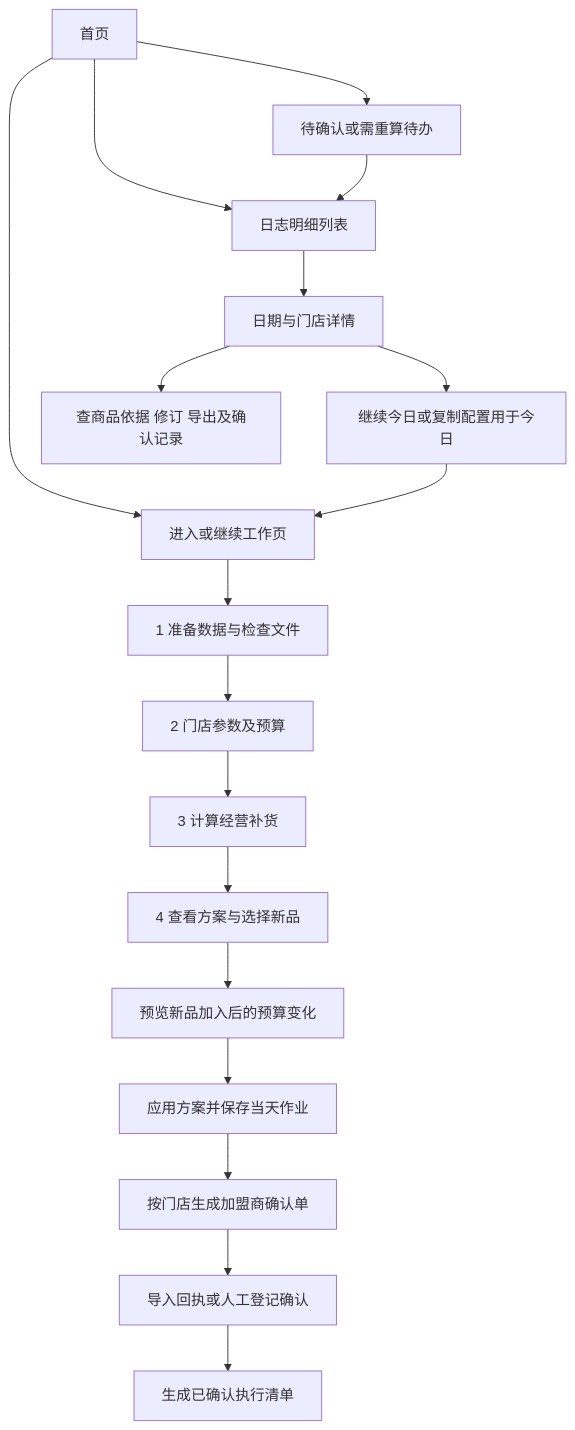
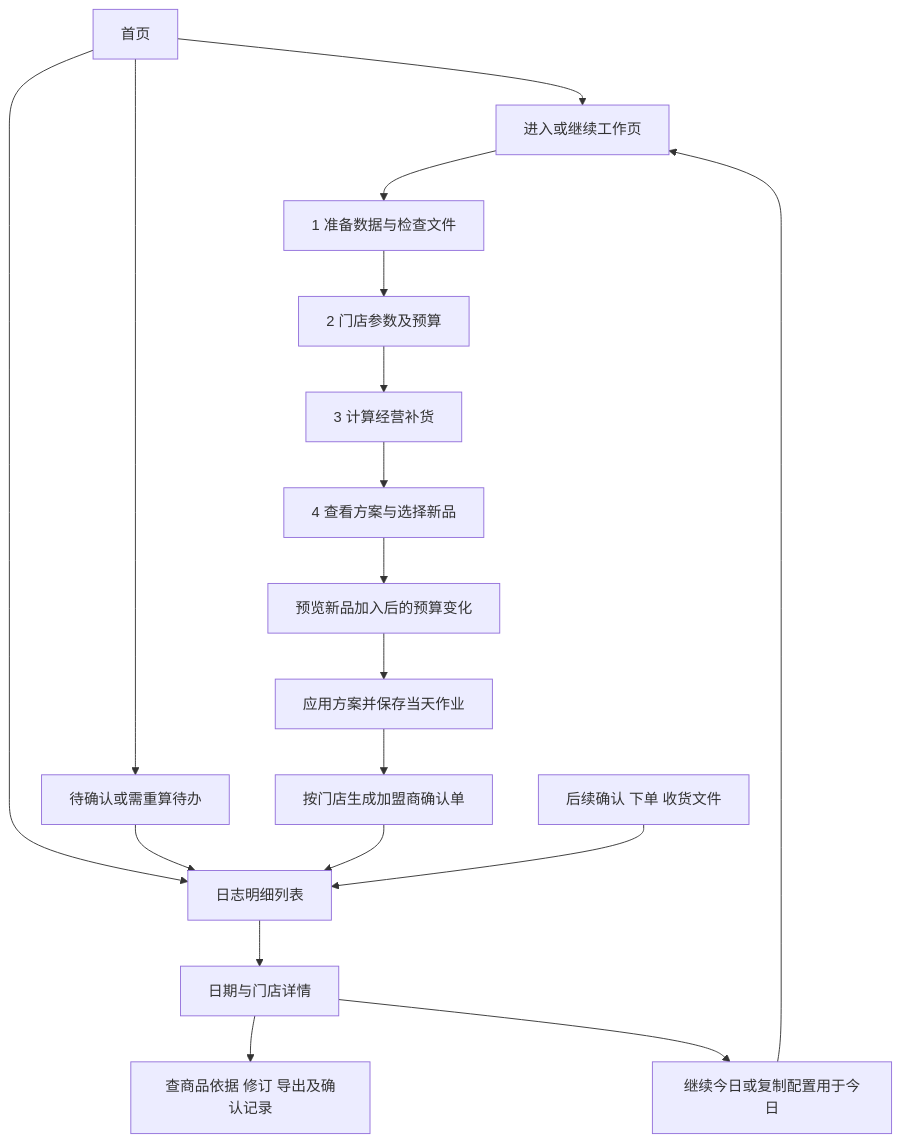
The diagram in docs/设计草案_首页日志新品与加盟商确认.md (SakuraCulture/replenishment-assistant), drawn with Mermaid before and after one commit. The commit also changed other lines of this file and 1 other file, not shown here.

````diff
--- a/docs/设计草案_首页日志新品与加盟商确认.md
+++ b/docs/设计草案_首页日志新品与加盟商确认.md
@@ -43,20 +45,20 @@
 ```mermaid
 flowchart TD
   Home[首页] --> Work[进入或继续工作页]
   Home --> Logs[日志明细列表]
   Home --> Todo[待确认或需重算待办]
   Todo --> Logs
   Work --> Import[1 准备数据与检查文件]
   Import --> Settings[2 门店参数及预算]
   Settings --> Calc[3 计算经营补货]
   Calc --> Review[4 查看方案与选择新品]
   Review --> Preview[预览新品加入后的预算变化]
   Preview --> Apply[应用方案并保存当天作业]
   Apply --> Export[按门店生成加盟商确认单]
-  Export --> Receipt[导入回执或人工登记确认]
-  Receipt --> Final[生成已确认执行清单]
+  Export --> Logs
+  External[后续确认 下单 收货文件] --> Logs
   Logs --> Detail[日期与门店详情]
   Detail --> Trace[查商品依据 修订 导出及确认记录]
   Detail --> Continue[继续今日或复制配置用于今日]
   Continue --> Work
 ```
````
